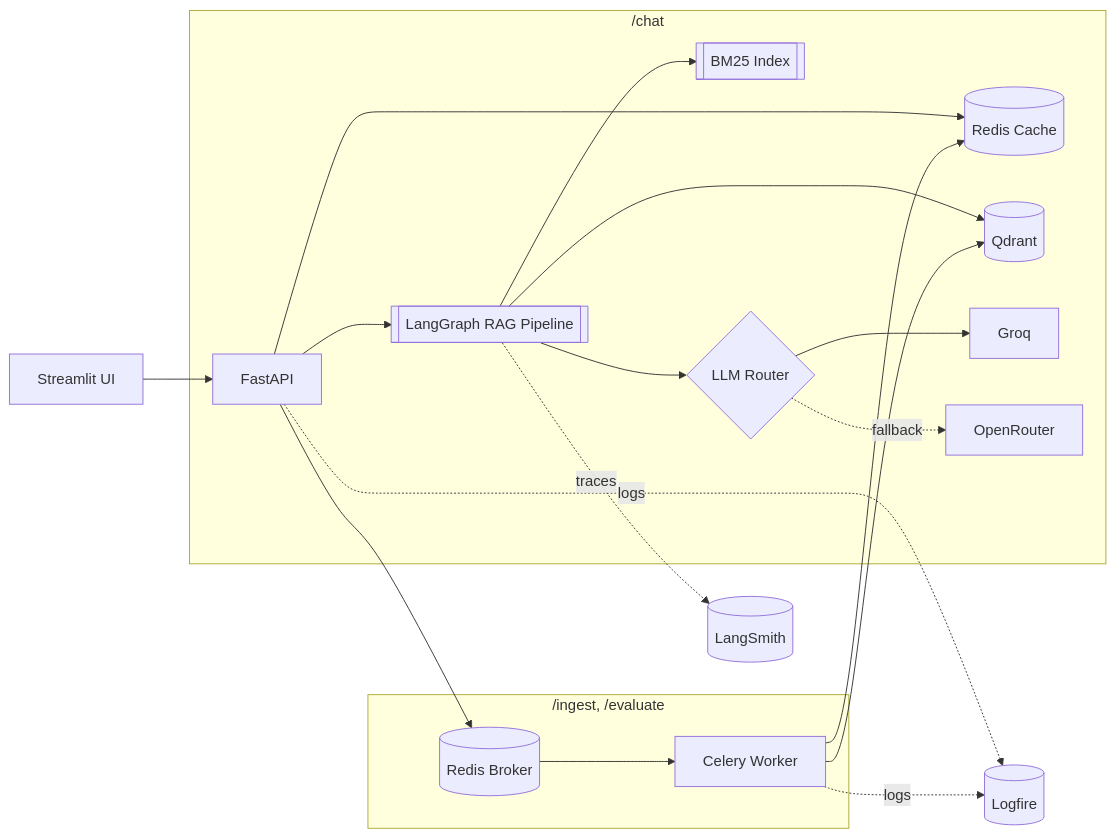
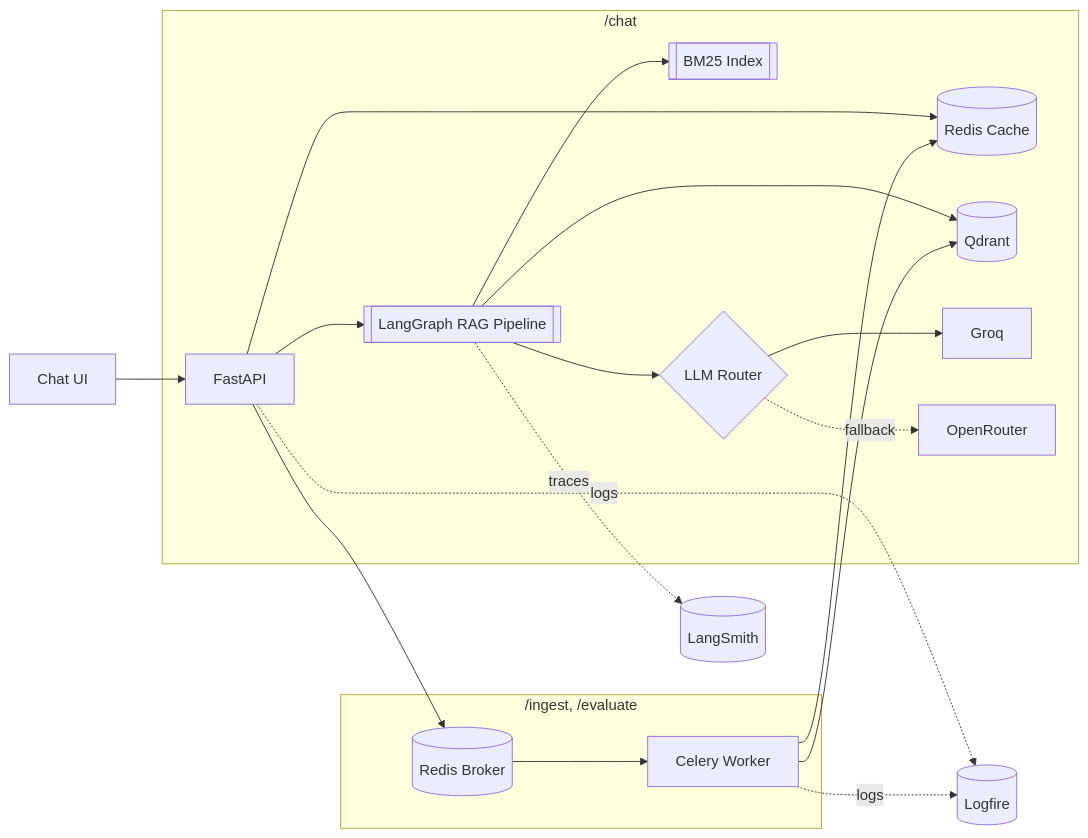
The second of 2 diagrams in README.md (piyushd12/enterprise-rag-platform), drawn with Mermaid before and after one commit. The commit also changed other lines of this file and 21 other files, not shown here.

First line of the commit message:
feat: replace Streamlit UI with a custom dark-theme chat UI

````diff
--- a/README.md
+++ b/README.md
@@ -145,25 +154,25 @@
 ```mermaid
 flowchart LR
-    UI[Streamlit UI] --> API[FastAPI]
+    UI[Chat UI] --> API[FastAPI]
 
     subgraph Sync["/chat"]
         API --> Cache[(Redis Cache)]
         API --> Graph[[LangGraph RAG Pipeline]]
         Graph --> Qdrant[(Qdrant)]
         Graph --> BM25[[BM25 Index]]
         Graph --> Router{LLM Router}
         Router --> Groq[Groq]
         Router -. fallback .-> OR[OpenRouter]
     end
 
     subgraph Async["/ingest, /evaluate"]
         API --> Broker[(Redis Broker)]
         Broker --> Worker[Celery Worker]
         Worker --> Qdrant
         Worker --> Cache
     end
 
     Graph -. traces .-> LangSmith[(LangSmith)]
     API -. logs .-> Logfire[(Logfire)]
     Worker -. logs .-> Logfire
 ```
````
